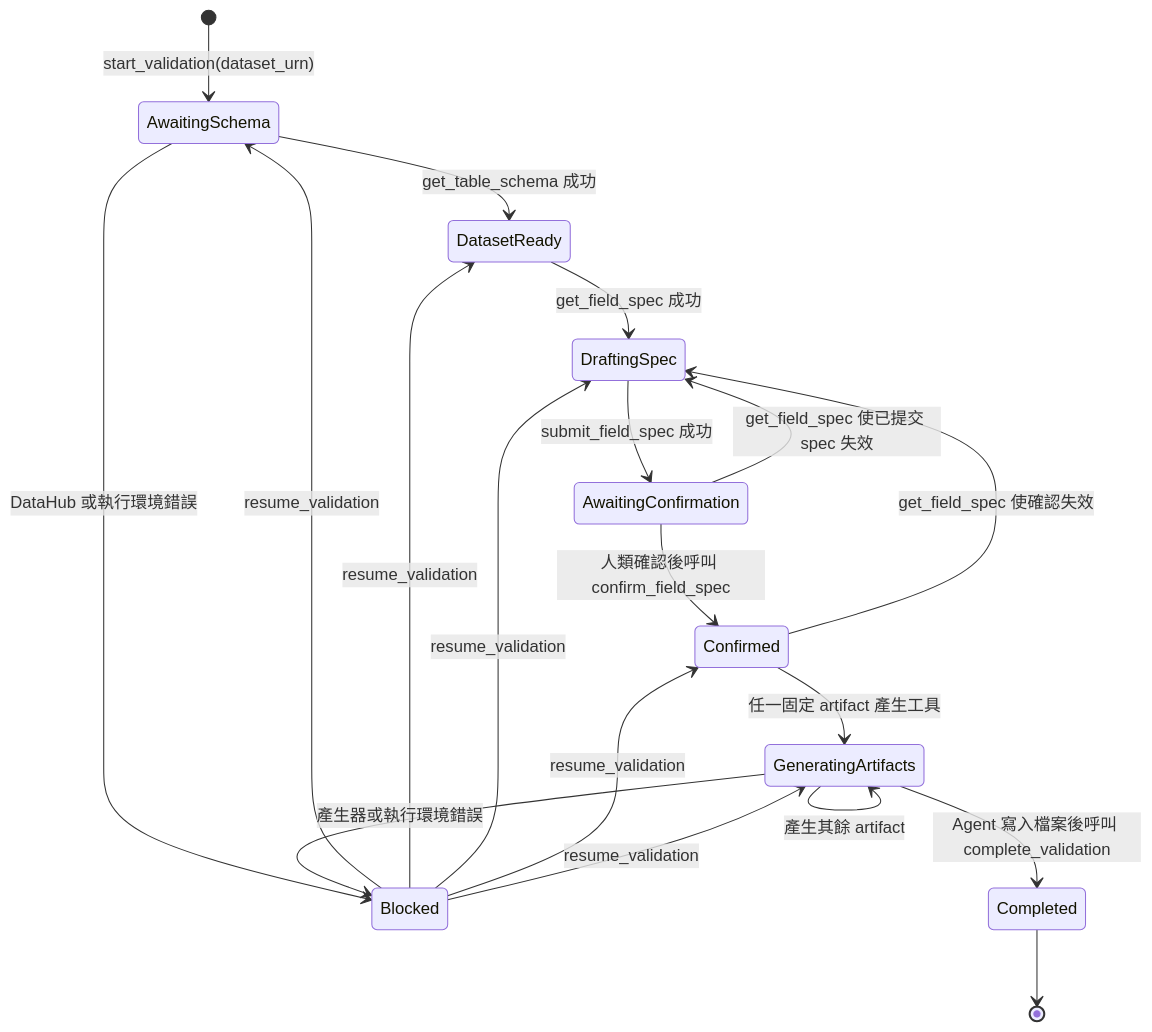
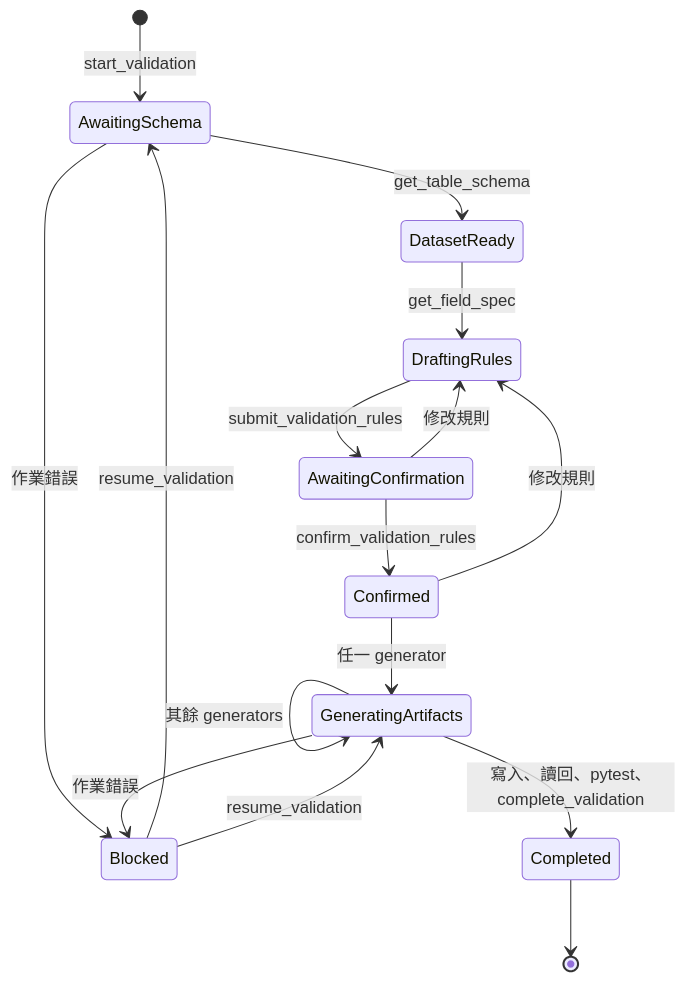
One commit to David-Jiang/DataValidationAgent changed the diagram in agent/README.md. Above: the diagram before and after it, drawn with Mermaid. The commit also changed other lines of this file and 25 other files, not shown here.

Commit message:
Refactor data validation workflows and simplify UI handling

````diff
--- a/agent/README.md
+++ b/agent/README.md
@@ -40,27 +9,18 @@
 ```mermaid
 stateDiagram-v2
-    [*] --> AwaitingSchema: start_validation(dataset_urn)
-
-    AwaitingSchema --> DatasetReady: get_table_schema 成功
-    AwaitingSchema --> Blocked: DataHub 或執行環境錯誤
-
-    DatasetReady --> DraftingSpec: get_field_spec 成功
-    DraftingSpec --> AwaitingConfirmation: submit_field_spec 成功
-
-    AwaitingConfirmation --> Confirmed: 人類確認後呼叫 confirm_field_spec
-    AwaitingConfirmation --> DraftingSpec: get_field_spec 使已提交 spec 失效
-    Confirmed --> DraftingSpec: get_field_spec 使確認失效
-
-    Confirmed --> GeneratingArtifacts: 任一固定 artifact 產生工具
-    GeneratingArtifacts --> GeneratingArtifacts: 產生其餘 artifact
-    GeneratingArtifacts --> Completed: Agent 寫入檔案後呼叫 complete_validation
-    GeneratingArtifacts --> Blocked: 產生器或執行環境錯誤
-
+    [*] --> AwaitingSchema: start_validation
+    AwaitingSchema --> DatasetReady: get_table_schema
+    DatasetReady --> DraftingRules: get_field_spec
+    DraftingRules --> AwaitingConfirmation: submit_validation_rules
+    AwaitingConfirmation --> Confirmed: confirm_validation_rules
+    AwaitingConfirmation --> DraftingRules: 修改規則
+    Confirmed --> DraftingRules: 修改規則
+    Confirmed --> GeneratingArtifacts: 任一 generator
+    GeneratingArtifacts --> GeneratingArtifacts: 其餘 generators
+    GeneratingArtifacts --> Completed: 寫入、讀回、pytest、complete_validation
+    AwaitingSchema --> Blocked: 作業錯誤
+    GeneratingArtifacts --> Blocked: 作業錯誤
     Blocked --> AwaitingSchema: resume_validation
-    Blocked --> DatasetReady: resume_validation
-    Blocked --> DraftingSpec: resume_validation
-    Blocked --> Confirmed: resume_validation
     Blocked --> GeneratingArtifacts: resume_validation
-
     Completed --> [*]
 ```
````
